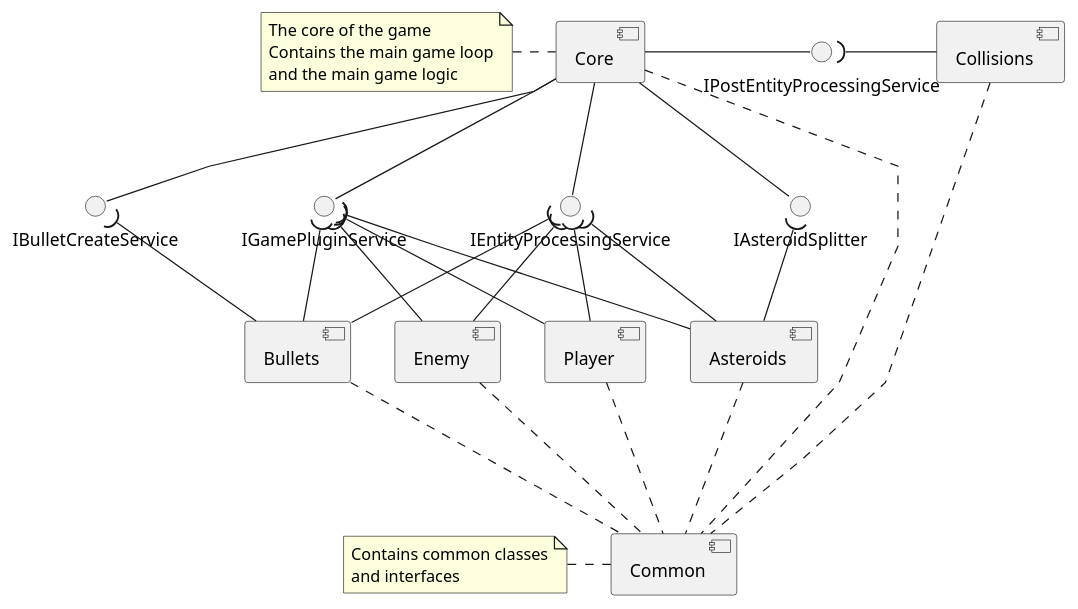
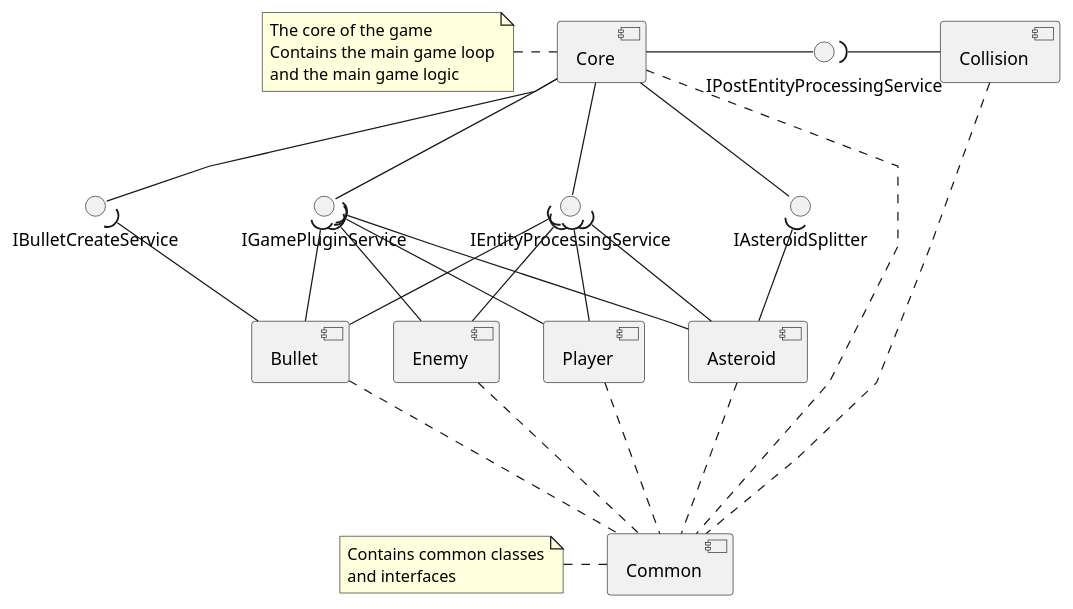
One commit to JfriisJ/SI4-KBS changed the diagram in MyAsteroidsGame/Docs/Component diagram/Java Modules.plantuml. Above: the diagram before and after it, drawn with PlantUML. The commit also changed 5 other files, not shown here.

Commit message:
added diagrams

```diff
--- a/MyAsteroidsGame/Docs/Component diagram/Java Modules.plantuml
+++ b/MyAsteroidsGame/Docs/Component diagram/Java Modules.plantuml
@@ -2,59 +2,59 @@
 @startuml
 
 skinparam linetype polyline
-component Asteroids
+component Asteroid
 
-component Bullets
-component Collisions
+component Bullet
+component Collision
 component Common
 note left of Common
   Contains common classes
   and interfaces
 end note
 component Core
 note left of Core
   The core of the game
   Contains the main game loop
   and the main game logic
 end note
 component Enemy
 component Player
 
 interface IAsteroidSplitter
 interface IBulletCreateService
 interface IGamePluginService
 interface IEntityProcessingService
 interface IPostEntityProcessingService
 
 Core -down- IAsteroidSplitter
 Core -down- IBulletCreateService
 Core -down- IGamePluginService
 Core -down- IEntityProcessingService
 Core -right- IPostEntityProcessingService
 
-Asteroids -up-( IAsteroidSplitter
-Asteroids -up-( IGamePluginService
-Asteroids -up-( IEntityProcessingService
+Asteroid -up-( IAsteroidSplitter
+Asteroid -up-( IGamePluginService
+Asteroid -up-( IEntityProcessingService
 
-Bullets -up-( IBulletCreateService
-Bullets -up-( IGamePluginService
-Bullets -up-( IEntityProcessingService
+Bullet -up-( IBulletCreateService
+Bullet -up-( IGamePluginService
+Bullet -up-( IEntityProcessingService
 
-Collisions -left-( IPostEntityProcessingService
+Collision -left-( IPostEntityProcessingService
 
 Enemy -up-( IEntityProcessingService
 Enemy -up-( IGamePluginService
 
 Player -up-( IEntityProcessingService
 Player -up-( IGamePluginService
 
 
 Common -.up- Core
-Common -.up- Asteroids
-Common -.up- Bullets
-Common -.up- Collisions
+Common -.up- Asteroid
+Common -.up- Bullet
+Common -.up- Collision
 Common -.up- Enemy
 Common -.up- Player
 
 
 @enduml
```
